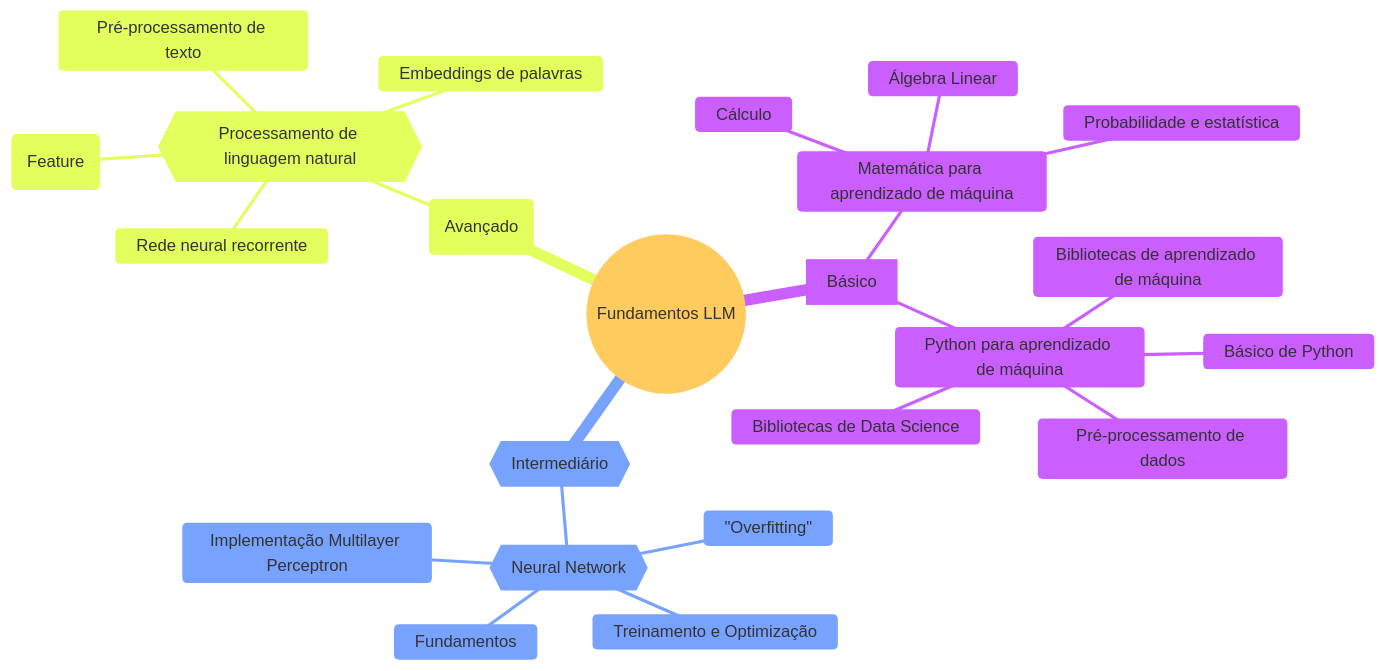
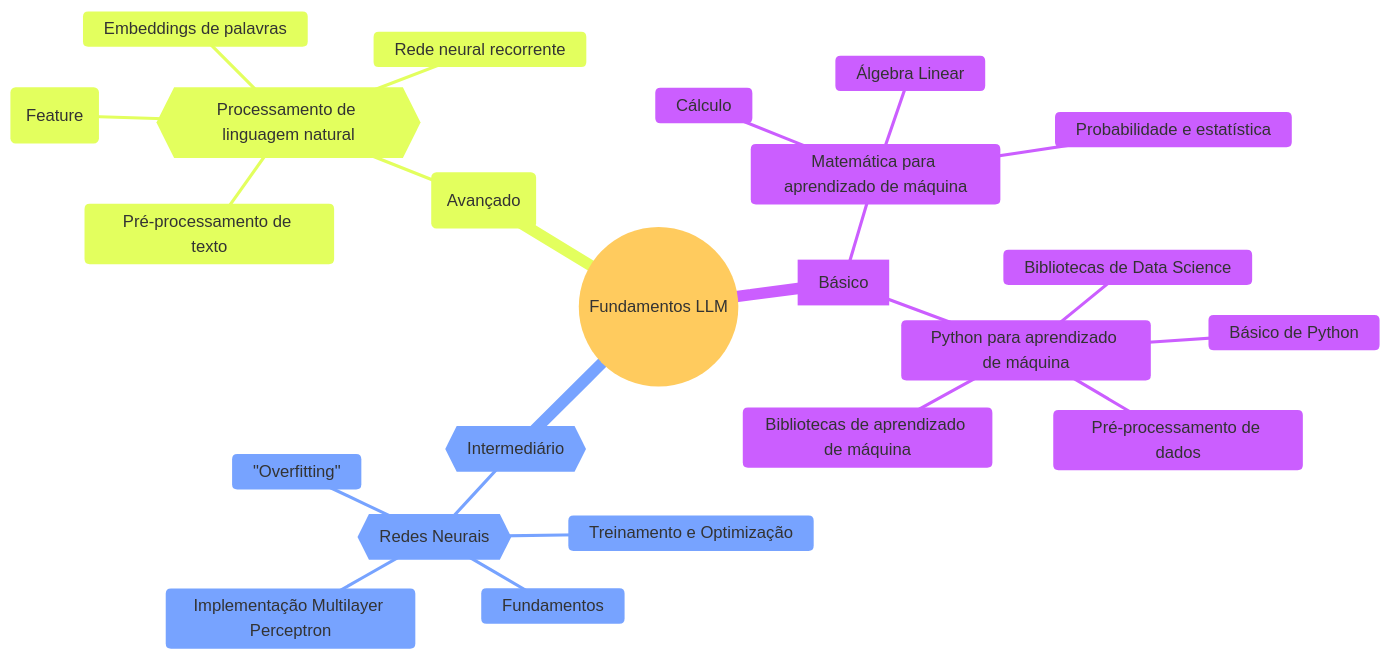
Before and after one commit to paulorcf/curso-de-llm: the diagram in diagrams/roadmap_fundamentals.mermaid, drawn with Mermaid. The commit also changed 13 other files, not shown here.

```diff
--- a/diagrams/roadmap_fundamentals.mermaid
+++ b/diagrams/roadmap_fundamentals.mermaid
@@ -1,46 +1,46 @@
 %%{init: {
     'theme': 'base',
     'fontFamily' : 'verdana',
     'fontSize' : '11'
 }}%%
 
 %% https://mermaid.js.org/config/theming.html
 %% default, neutral, dark, forest, base
 
 %% @paulorcf - 04.2024 - v1
 
 mindmap
     root((Fundamentos LLM))
         id[Básico]
         ::icon(fa fa-book)
         :::urgent large
             Matemática para aprendizado de máquina
                 ::icon(fas fa-wrench)
                 Álgebra Linear
                 Cálculo
                 Probabilidade e estatística
             Python para aprendizado de máquina
                 ::icon(fas fa-wrench)
                 Básico de Python
                 Bibliotecas de Data Science
                 Pré-processamento de dados
                 Bibliotecas de aprendizado de máquina
         id{{Intermediário}}
         ::icon(fa fa-book)
         :::urgent large
-            {{Neural Network}}
+            {{Redes Neurais}}
                 ::icon(fas fa-wrench)
                 Fundamentos
                 Treinamento e Optimização
                 "Overfitting"
                 Implementação Multilayer Perceptron
 
         id(Avançado)
         ::icon(fa fa-book)
         :::urgent large
             {{Processamento de linguagem natural}}
                 ::icon(fas fa-wrench)
                 Pré-processamento de texto
                 Técnicas de extração de característica (Feature)
                 Embeddings de palavras
                 Rede neural recorrente
```
